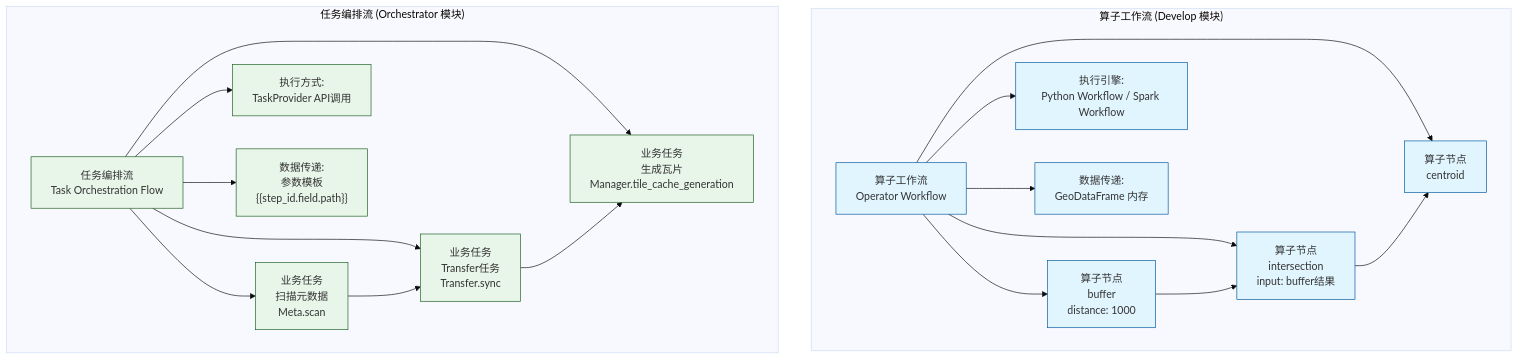
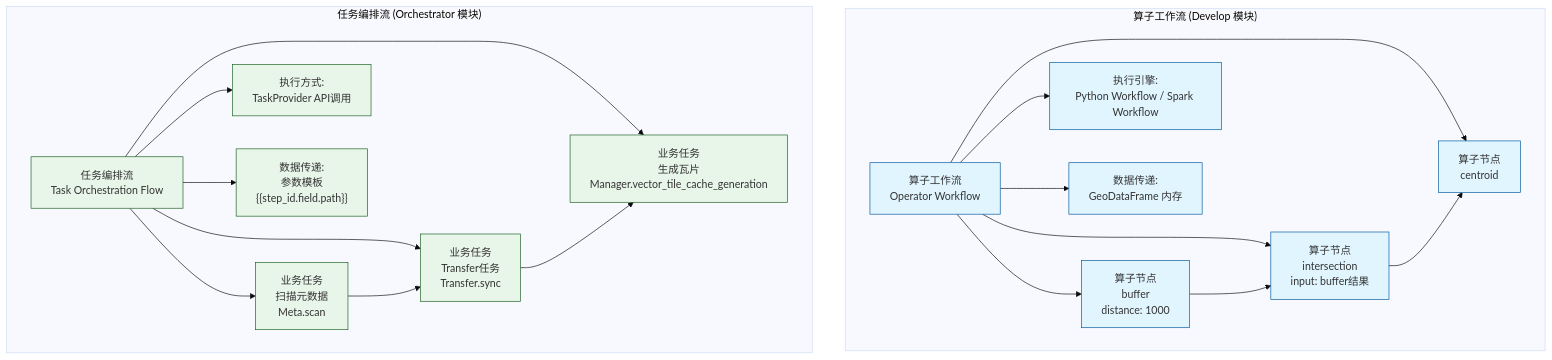
Before and after one commit to pampa0629/addp: the second of 6 diagrams in docs/concepts/addp任务编排体系图.md, drawn with Mermaid (base theme). The commit also changed other lines of this file and 78 other files, not shown here.

````diff
--- a/docs/concepts/addp任务编排体系图.md
+++ b/docs/concepts/addp任务编排体系图.md
@@ -134,36 +134,36 @@
 ```mermaid
 graph TB
     subgraph "算子工作流 (Develop 模块)"
         OpWF[算子工作流<br/>Operator Workflow]
 
         OpWF --> OpNode1[算子节点<br/>buffer<br/>distance: 1000]
         OpWF --> OpNode2[算子节点<br/>intersection<br/>input: buffer结果]
         OpWF --> OpNode3[算子节点<br/>centroid]
 
         OpNode1 --> OpNode2
         OpNode2 --> OpNode3
 
         OpWF --> OpEngine[执行引擎:<br/>Python Workflow / Spark Workflow]
         OpWF --> OpData[数据传递:<br/>GeoDataFrame 内存]
     end
 
     subgraph "任务编排流 (Orchestrator 模块)"
         TaskWF[任务编排流<br/>Task Orchestration Flow]
 
         TaskWF --> TaskNode1[业务任务<br/>扫描元数据<br/>Meta.scan]
         TaskWF --> TaskNode2[业务任务<br/>Transfer任务<br/>Transfer.sync]
-        TaskWF --> TaskNode3[业务任务<br/>生成瓦片<br/>Manager.tile_cache_generation]
+        TaskWF --> TaskNode3[业务任务<br/>生成瓦片<br/>Manager.vector_tile_cache_generation]
 
         TaskNode1 --> TaskNode2
         TaskNode2 --> TaskNode3
 
         TaskWF --> TaskEngine[执行方式:<br/>TaskProvider API调用]
         TaskWF --> TaskData["数据传递:<br/>参数模板<br/>{{step_id.field.path}}"]
     end
 
     classDef operator fill:#e1f5ff,stroke:#01579b
     classDef task fill:#e8f5e9,stroke:#1b5e20
 
     class OpWF,OpNode1,OpNode2,OpNode3,OpEngine,OpData operator
     class TaskWF,TaskNode1,TaskNode2,TaskNode3,TaskEngine,TaskData task
 ```
````
